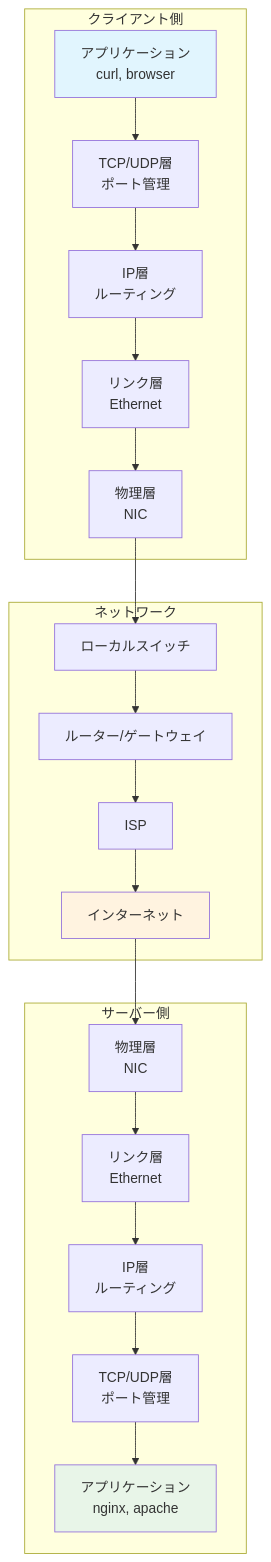
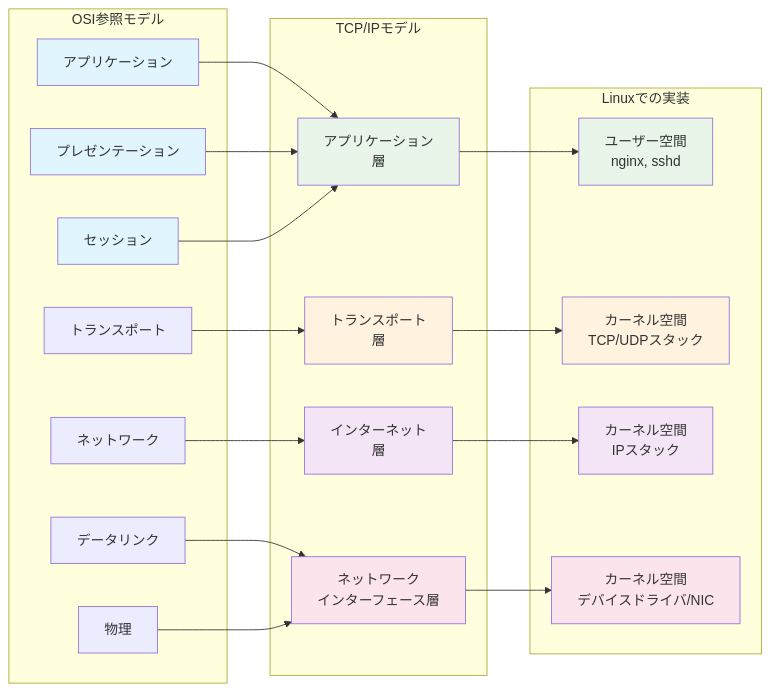
Before and after one commit to itdojp/linux-infra-textbook2: the diagram in docs/chapters/chapter-07-tcp-ip.md, drawn with Mermaid. The commit also changed other lines of this file and 14 other files, not shown here.

````diff
--- a/docs/chapters/chapter-07-tcp-ip.md
+++ b/docs/chapters/chapter-07-tcp-ip.md
@@ -177,33 +33,51 @@
 ```mermaid
-graph TB
-    subgraph "クライアント側"
-        C1["アプリケーション<br/>curl, browser"]
-        C2["TCP/UDP層<br/>ポート管理"]
-        C3["IP層<br/>ルーティング"]
-        C4["リンク層<br/>Ethernet"]
-        C5["物理層<br/>NIC"]
+graph LR
+    subgraph "OSI参照モデル"
+        O7["アプリケーション"]
+        O6["プレゼンテーション"]
+        O5["セッション"]
+        O4["トランスポート"]
+        O3["ネットワーク"]
+        O2["データリンク"]
+        O1["物理"]
     end
     
-    subgraph "ネットワーク"
-        N1["ローカルスイッチ"]
-        N2["ルーター/ゲートウェイ"]
-        N3[ISP]
-        N4["インターネット"]
+    subgraph "TCP/IPモデル"
+        T4["アプリケーション<br/>層"]
+        T3["トランスポート<br/>層"]
+        T2["インターネット<br/>層"]
+        T1["ネットワーク<br/>インターフェース層"]
     end
     
-    subgraph "サーバー側"
-        S1["物理層<br/>NIC"]
-        S2["リンク層<br/>Ethernet"]
-        S3["IP層<br/>ルーティング"]
-        S4["TCP/UDP層<br/>ポート管理"]
-        S5[アプリケーション<br/>nginx, apache]
+    subgraph "Linuxでの実装"
+        L4["ユーザー空間<br/>nginx, sshd"]
+        L3["カーネル空間<br/>TCP/UDPスタック"]
+        L2["カーネル空間<br/>IPスタック"]
+        L1["カーネル空間<br/>デバイスドライバ/NIC"]
     end
     
-    C1 --> C2 --> C3 --> C4 --> C5
-    C5 --> N1 --> N2 --> N3 --> N4
-    N4 --> S1 --> S2 --> S3 --> S4 --> S5
+    O7 --> T4
+    O6 --> T4
+    O5 --> T4
+    O4 --> T3
+    O3 --> T2
+    O2 --> T1
+    O1 --> T1
     
-    style C1 fill:#e1f5fe
-    style S5 fill:#e8f5e8
-    style N4 fill:#fff3e0
+    T4 --> L4
+    T3 --> L3
+    T2 --> L2
+    T1 --> L1
+    
+    style O7 fill:#e1f5fe
+    style O6 fill:#e1f5fe
+    style O5 fill:#e1f5fe
+    style T4 fill:#e8f5e8
+    style T3 fill:#fff3e0
+    style T2 fill:#f3e5f5
+    style T1 fill:#fce4ec
+    style L4 fill:#e8f5e8
+    style L3 fill:#fff3e0
+    style L2 fill:#f3e5f5
+    style L1 fill:#fce4ec
 ```
````
